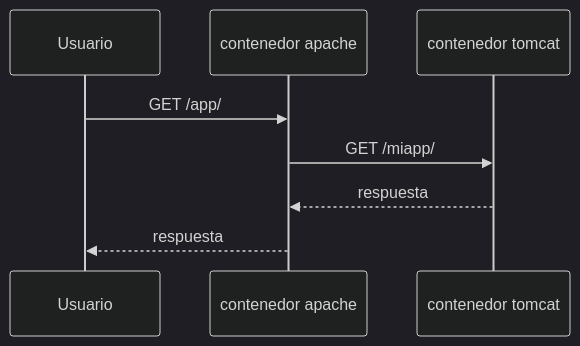
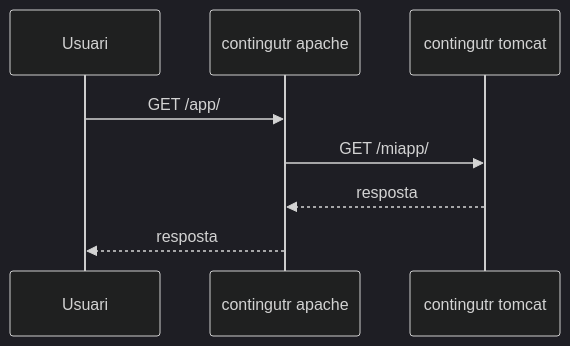
One commit to jordicido/jordicina changed the fifth of 12 diagrams in docs/daw-daw/up3/09-virtualizacion-contenedores-nube.md. Above: the diagram before and after it, drawn with Mermaid (dark theme). The commit also changed other lines of this file and 10 other files, not shown here.

````diff
--- a/docs/daw-daw/up3/09-virtualizacion-contenedores-nube.md
+++ b/docs/daw-daw/up3/09-virtualizacion-contenedores-nube.md
@@ -271,11 +271,11 @@
 ```mermaid
 sequenceDiagram
-    participant U as Usuario
-    participant A as contenedor apache
-    participant T as contenedor tomcat
+    participant U as Usuari
+    participant A as contingutr apache
+    participant T as contingutr tomcat
 
     U->>A: GET /app/
     A->>T: GET /miapp/
-    T-->>A: respuesta
-    A-->>U: respuesta
+    T-->>A: resposta
+    A-->>U: resposta
 ```
````
